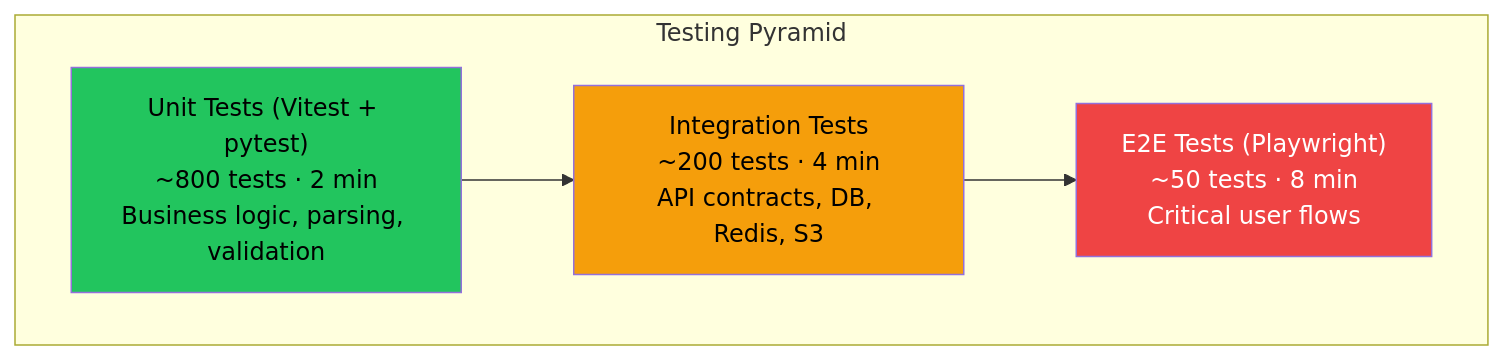
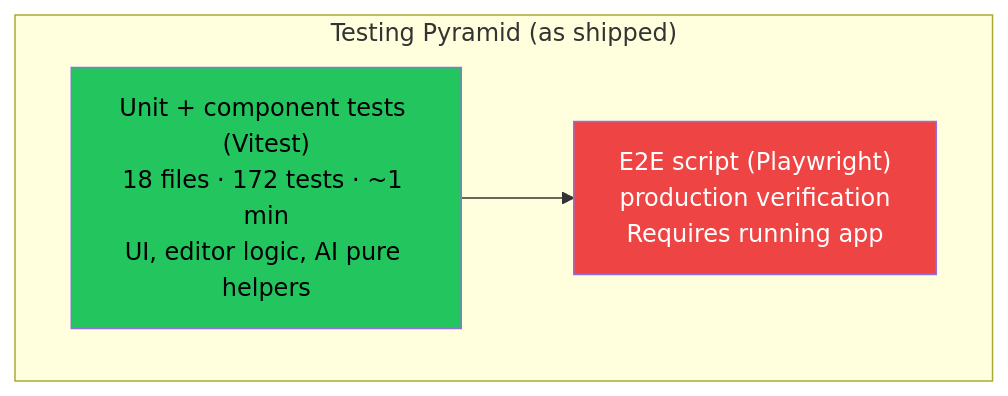
One commit to Faithmanex/citepilot changed the first of 3 diagrams in 04-engineering-standards/19-testing-strategy.md. Above: the diagram before and after it, drawn with Mermaid. The commit also changed other lines of this file and 10 other files, not shown here.

First line of the commit message:
docs(ai): align pipeline, API, schema, ADR and testing docs with shipped system

````diff
--- a/04-engineering-standards/19-testing-strategy.md
+++ b/04-engineering-standards/19-testing-strategy.md
@@ -25,14 +25,12 @@
 ```mermaid
 graph TB
-    subgraph "Testing Pyramid"
-        E2E["E2E Tests (Playwright)<br/>~50 tests · 8 min<br/>Critical user flows"]
-        INT["Integration Tests<br/>~200 tests · 4 min<br/>API contracts, DB, Redis, S3"]
-        UNIT["Unit Tests (Vitest + pytest)<br/>~800 tests · 2 min<br/>Business logic, parsing, validation"]
+    subgraph "Testing Pyramid (as shipped)"
+        E2E["E2E script (Playwright)<br/>production verification<br/>Requires running app"]
+        UNIT["Unit + component tests (Vitest)<br/>18 files · 172 tests · ~1 min<br/>UI, editor logic, AI pure helpers"]
     end
 
-    UNIT --> INT --> E2E
+    UNIT --> E2E
 
     style UNIT fill:#22c55e,color:#000
-    style INT fill:#f59e0b,color:#000
     style E2E fill:#ef4444,color:#fff
 ```
````
